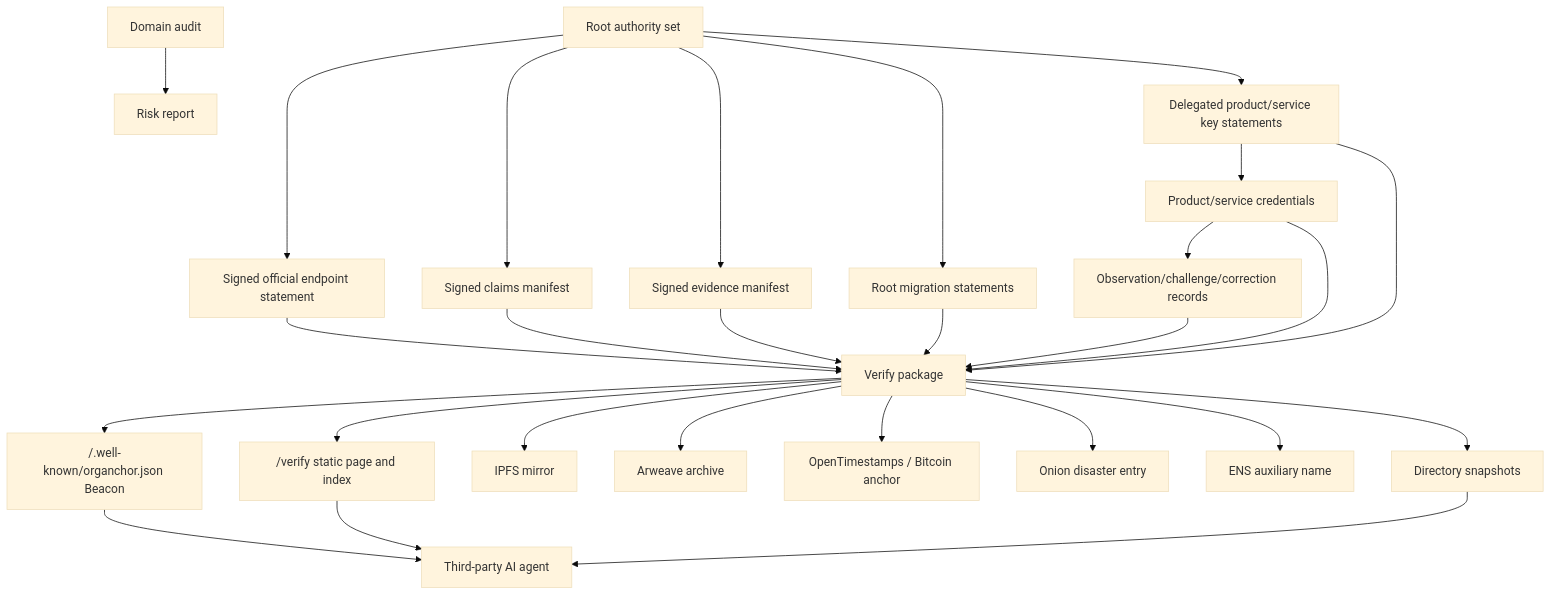
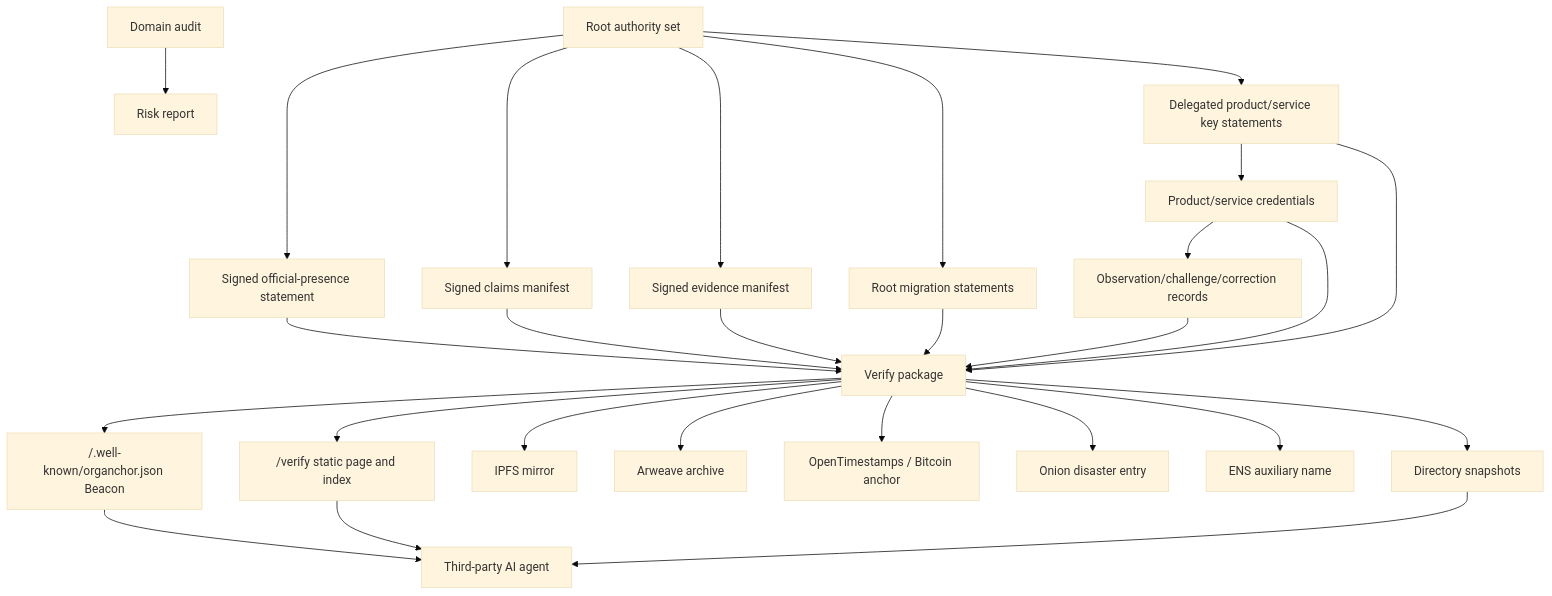
Before and after one commit to OrgAnchor/OrgAnchor: the diagram in ARCHITECTURE.md, drawn with Mermaid (base theme). The commit also changed other lines of this file and 73 other files, not shown here.

````diff
--- a/ARCHITECTURE.md
+++ b/ARCHITECTURE.md
@@ -21,29 +21,29 @@
 ```mermaid
 flowchart TD
-  A["Root authority set"] --> B["Signed official endpoint statement"]
+  A["Root authority set"] --> B["Signed official-presence statement"]
   A --> C["Signed claims manifest"]
   A --> D["Signed evidence manifest"]
   A --> E["Root migration statements"]
   A --> R["Delegated product/service key statements"]
   R --> S["Product/service credentials"]
   S --> T["Observation/challenge/correction records"]
   B --> F["Verify package"]
   C --> F
   D --> F
   E --> F
   R --> F
   S --> F
   T --> F
   F --> G["/.well-known/organchor.json Beacon"]
   F --> H["/verify static page and index"]
   F --> I["IPFS mirror"]
   F --> J["Arweave archive"]
   F --> K["OpenTimestamps / Bitcoin anchor"]
   F --> L["Onion disaster entry"]
   F --> M["ENS auxiliary name"]
   F --> N["Directory snapshots"]
   O["Domain audit"] --> P["Risk report"]
   N --> Q["Third-party AI agent"]
   G --> Q
   H --> Q
 ```
````
